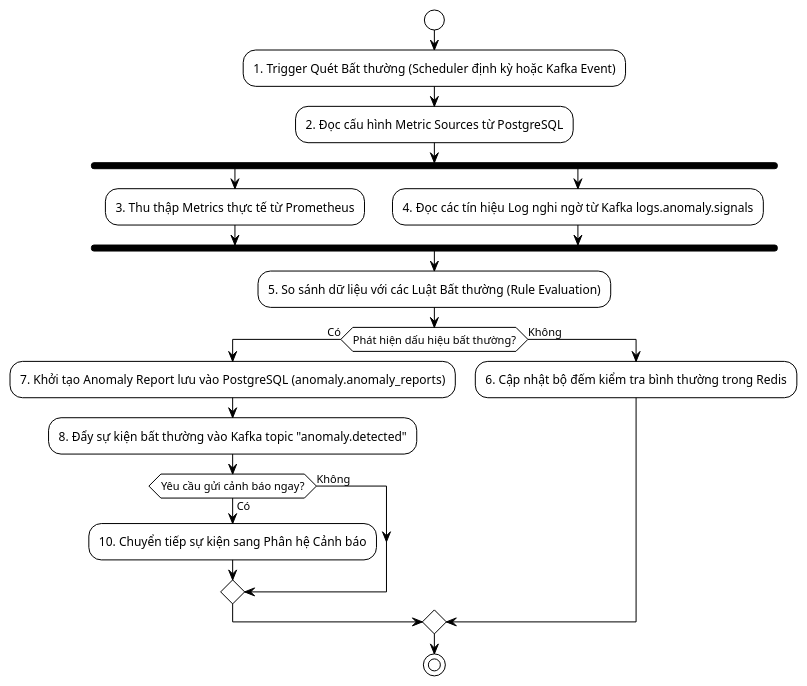
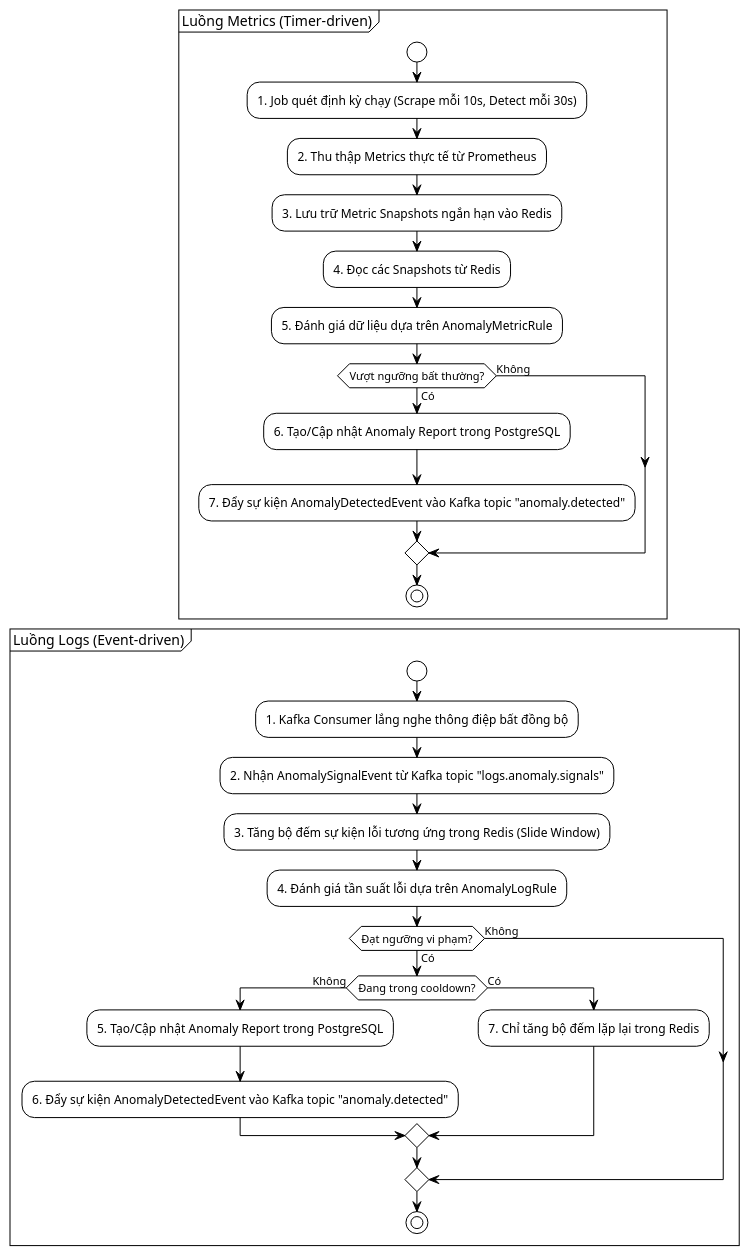
The ninth of 14 diagrams in detailed-diagrams.md (nguyentrongduc2005/log-monitoring-system), drawn with PlantUML before and after one commit. The commit also changed other lines of this file, not shown here.

Commit message:
docs: restructure anomaly detection diagrams to separate metric and log detection paths

````diff
--- a/detailed-diagrams.md
+++ b/detailed-diagrams.md
@@ -326,32 +343,41 @@
 ```plantuml
 @startuml
 !theme plain
 skinparam monochrome true
 skinparam shadowing false
 skinparam defaultFontName "Courier New"
 
-start
-:1. Trigger Quét Bất thường (Scheduler định kỳ hoặc Kafka Event);
-:2. Đọc cấu hình Metric Sources từ PostgreSQL;
-fork
-    :3. Thu thập Metrics thực tế từ Prometheus;
-fork again
-    :4. Đọc các tín hiệu Log nghi ngờ từ Kafka logs.anomaly.signals;
-end fork
-
-:5. So sánh dữ liệu với các Luật Bất thường (Rule Evaluation);
-
-if (Phát hiện dấu hiệu bất thường?) then (Có)
-    :7. Khởi tạo Anomaly Report lưu vào PostgreSQL (anomaly.anomaly_reports);
-    :8. Đẩy sự kiện bất thường vào Kafka topic "anomaly.detected";
-    if (Yêu cầu gửi cảnh báo ngay?) then (Có)
-        :10. Chuyển tiếp sự kiện sang Phân hệ Cảnh báo;
+partition "Luồng Metrics (Timer-driven)" {
+    start
+    :1. Job quét định kỳ chạy (Scrape mỗi 10s, Detect mỗi 30s);
+    :2. Thu thập Metrics thực tế từ Prometheus;
+    :3. Lưu trữ Metric Snapshots ngắn hạn vào Redis;
+    :4. Đọc các Snapshots từ Redis;
+    :5. Đánh giá dữ liệu dựa trên AnomalyMetricRule;
+    if (Vượt ngưỡng bất thường?) then (Có)
+        :6. Tạo/Cập nhật Anomaly Report trong PostgreSQL;
+        :7. Đẩy sự kiện AnomalyDetectedEvent vào Kafka topic "anomaly.detected";
     else (Không)
     endif
-else (Không)
-    :6. Cập nhật bộ đếm kiểm tra bình thường trong Redis;
-endif
+    stop
+}
 
-stop
+partition "Luồng Logs (Event-driven)" {
+    start
+    :1. Kafka Consumer lắng nghe thông điệp bất đồng bộ;
+    :2. Nhận AnomalySignalEvent từ Kafka topic "logs.anomaly.signals";
+    :3. Tăng bộ đếm sự kiện lỗi tương ứng trong Redis (Slide Window);
+    :4. Đánh giá tần suất lỗi dựa trên AnomalyLogRule;
+    if (Đạt ngưỡng vi phạm?) then (Có)
+        if (Đang trong cooldown?) then (Không)
+            :5. Tạo/Cập nhật Anomaly Report trong PostgreSQL;
+            :6. Đẩy sự kiện AnomalyDetectedEvent vào Kafka topic "anomaly.detected";
+        else (Có)
+            :7. Chỉ tăng bộ đếm lặp lại trong Redis;
+        endif
+    else (Không)
+    endif
+    stop
+}
 @enduml
 ```
````
